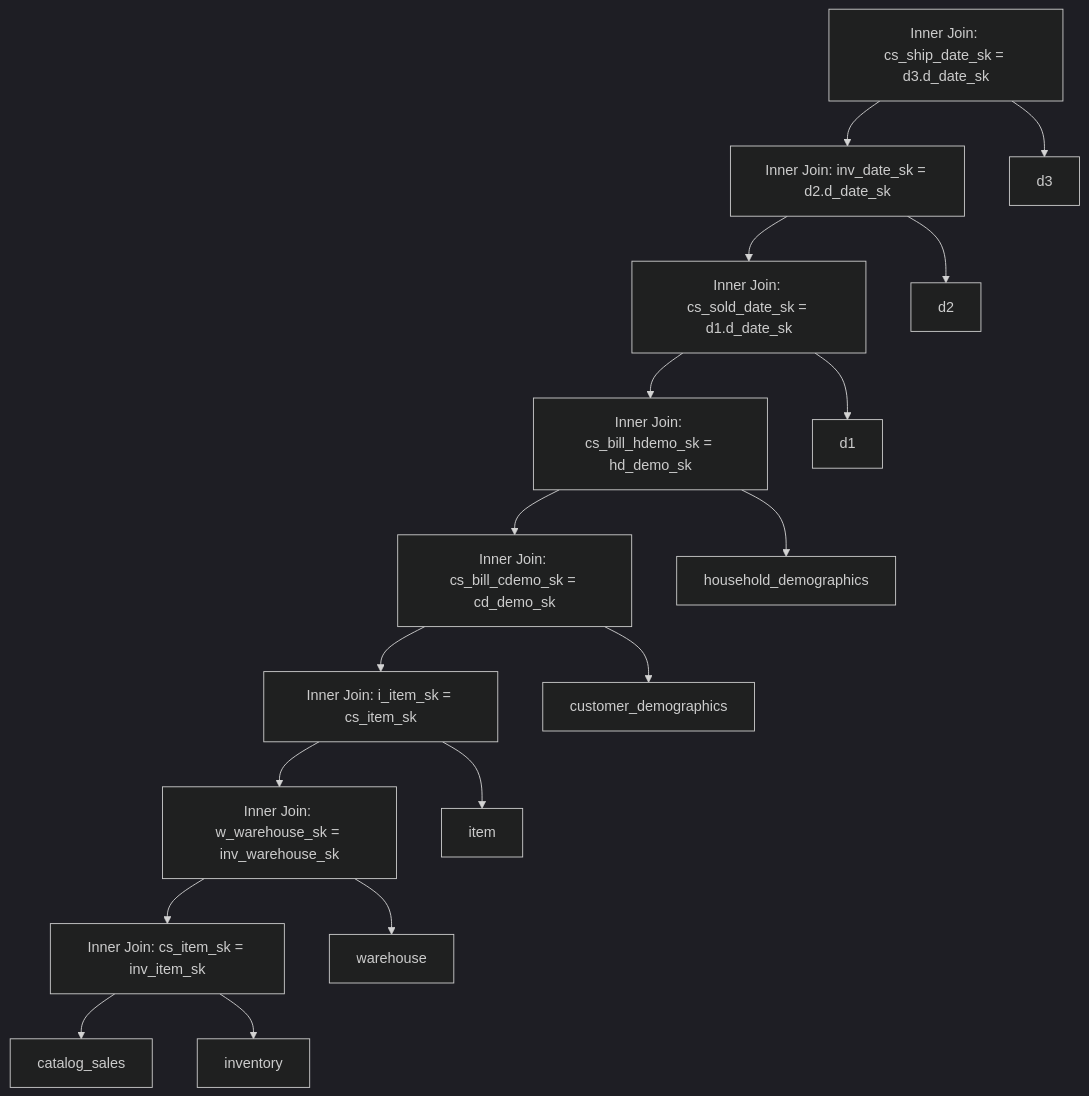
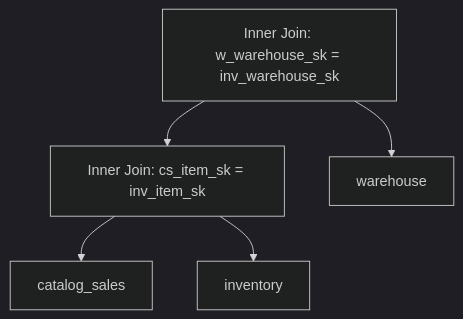
One commit to andygrove/qpml changed the diagram in README.md. Above: the diagram before and after it, drawn with Mermaid (dark theme). The commit also changed other lines of this file and 4 other files, not shown here.

````diff
--- a/README.md
+++ b/README.md
@@ -29,19 +26,7 @@
 ```mermaid
 flowchart TD
-node0[Inner Join: cs_ship_date_sk = d3.d_date_sk] --> node0_0[Inner Join: inv_date_sk = d2.d_date_sk]
-node0_0[Inner Join: inv_date_sk = d2.d_date_sk] --> node0_0_0[Inner Join: cs_sold_date_sk = d1.d_date_sk]
-node0_0_0[Inner Join: cs_sold_date_sk = d1.d_date_sk] --> node0_0_0_0[Inner Join: cs_bill_hdemo_sk = hd_demo_sk]
-node0_0_0_0[Inner Join: cs_bill_hdemo_sk = hd_demo_sk] --> node0_0_0_0_0[Inner Join: cs_bill_cdemo_sk = cd_demo_sk]
-node0_0_0_0_0[Inner Join: cs_bill_cdemo_sk = cd_demo_sk] --> node0_0_0_0_0_0[Inner Join: i_item_sk = cs_item_sk]
-node0_0_0_0_0_0[Inner Join: i_item_sk = cs_item_sk] --> node0_0_0_0_0_0_0[Inner Join: w_warehouse_sk = inv_warehouse_sk]
-node0_0_0_0_0_0_0[Inner Join: w_warehouse_sk = inv_warehouse_sk] --> node0_0_0_0_0_0_0_0[Inner Join: cs_item_sk = inv_item_sk]
-node0_0_0_0_0_0_0_0[Inner Join: cs_item_sk = inv_item_sk] --> node0_0_0_0_0_0_0_0_0[catalog_sales]
-node0_0_0_0_0_0_0_0[Inner Join: cs_item_sk = inv_item_sk] --> node0_0_0_0_0_0_0_0_1[inventory]
-node0_0_0_0_0_0_0[Inner Join: w_warehouse_sk = inv_warehouse_sk] --> node0_0_0_0_0_0_0_1[warehouse]
-node0_0_0_0_0_0[Inner Join: i_item_sk = cs_item_sk] --> node0_0_0_0_0_0_1[item]
-node0_0_0_0_0[Inner Join: cs_bill_cdemo_sk = cd_demo_sk] --> node0_0_0_0_0_1[customer_demographics]
-node0_0_0_0[Inner Join: cs_bill_hdemo_sk = hd_demo_sk] --> node0_0_0_0_1[household_demographics]
-node0_0_0[Inner Join: cs_sold_date_sk = d1.d_date_sk] --> node0_0_0_1[d1]
-node0_0[Inner Join: inv_date_sk = d2.d_date_sk] --> node0_0_1[d2]
-node0[Inner Join: cs_ship_date_sk = d3.d_date_sk] --> node0_1[d3]
+node0[Inner Join: w_warehouse_sk = inv_warehouse_sk] --> node0_0[Inner Join: cs_item_sk = inv_item_sk]
+node0_0[Inner Join: cs_item_sk = inv_item_sk] --> node0_0_0[catalog_sales]
+node0_0[Inner Join: cs_item_sk = inv_item_sk] --> node0_0_1[inventory]
+node0[Inner Join: w_warehouse_sk = inv_warehouse_sk] --> node0_1[warehouse]
 ```
````
